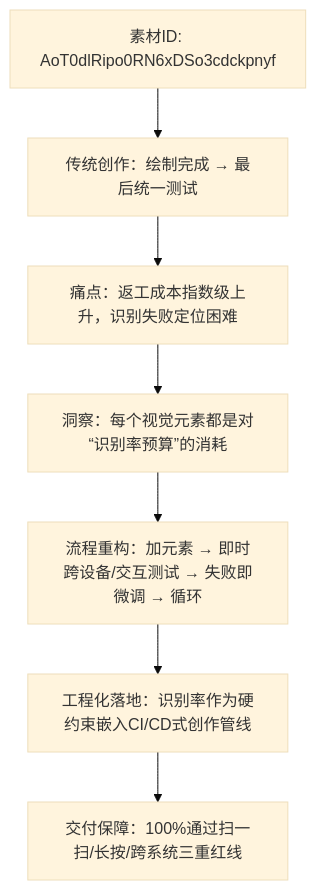
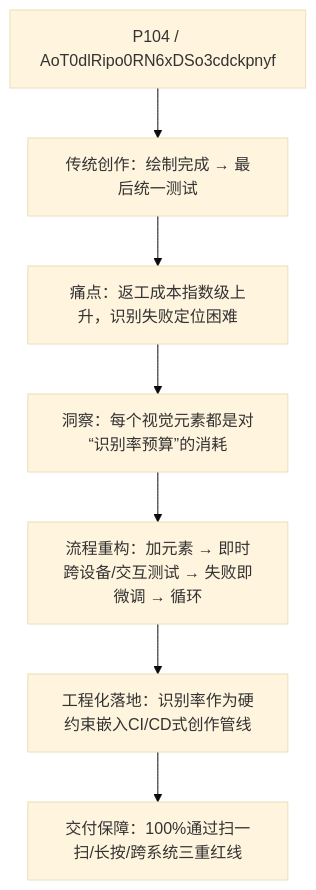
One commit to OpenDocCN1/flygon-zhuanqian-zhoubao changed the fourth of 8 diagrams in docs/202303_paper2textbook/chapter_059.md. Above: the diagram before and after it, drawn with Mermaid (base theme). The commit also changed other lines of this file and 2 other files, not shown here.

````diff
--- a/docs/202303_paper2textbook/chapter_059.md
+++ b/docs/202303_paper2textbook/chapter_059.md
@@ -143,9 +183,9 @@
 ```mermaid
 graph TD
-    P104[素材ID: AoT0dlRipo0RN6xDSo3cdckpnyf] --> Start[传统创作：绘制完成 → 最后统一测试]
+    P104[P104 / AoT0dlRipo0RN6xDSo3cdckpnyf] --> Start[传统创作：绘制完成 → 最后统一测试]
     Start --> P1[痛点：返工成本指数级上升，识别失败定位困难]
     P1 --> P2[洞察：每个视觉元素都是对“识别率预算”的消耗]
     P2 --> P3[流程重构：加元素 → 即时跨设备/交互测试 → 失败即微调 → 循环]
     P3 --> P4[工程化落地：识别率作为硬约束嵌入CI/CD式创作管线]
     P4 --> End[交付保障：100%通过扫一扫/长按/跨系统三重红线]
 ```
````
